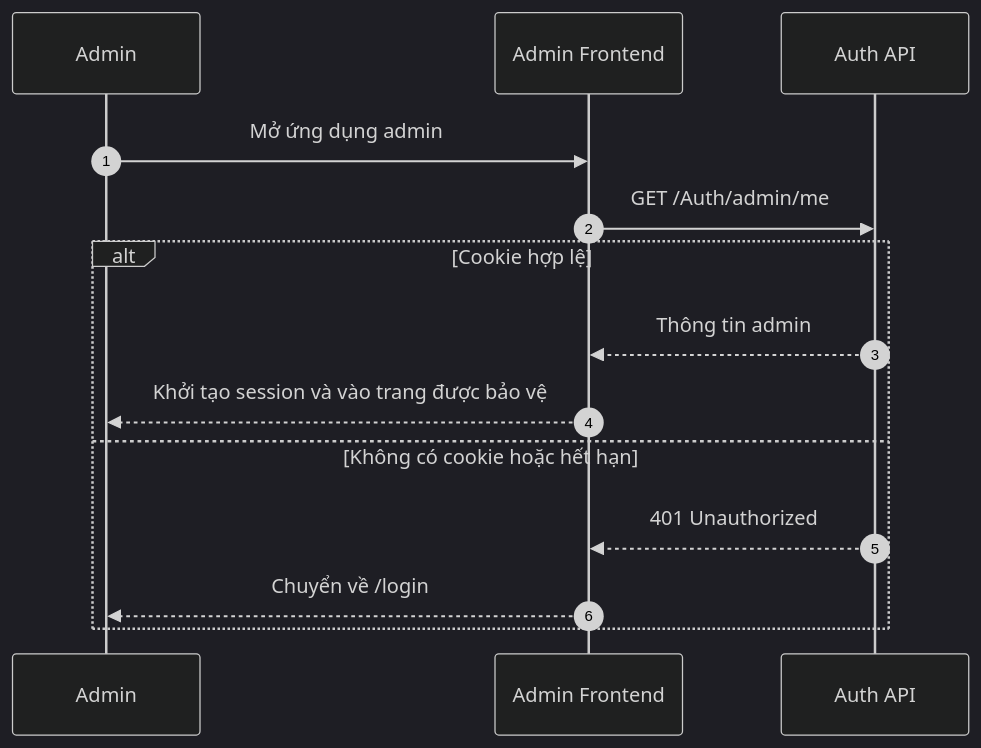
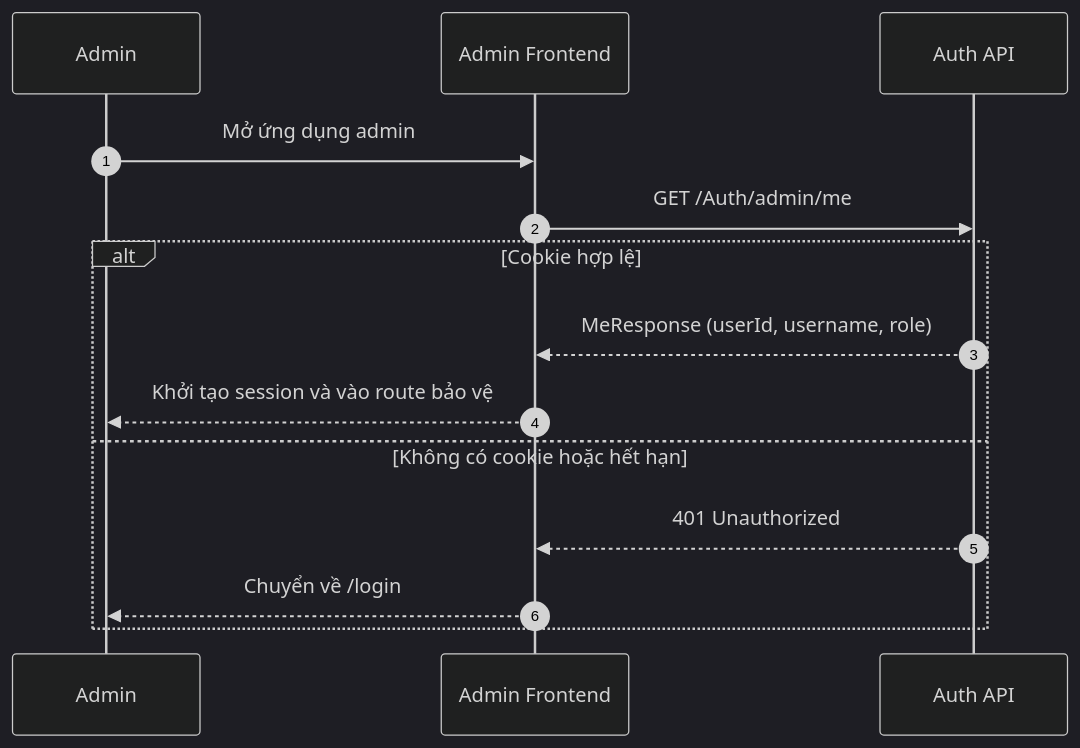
Before and after one commit to sangnp-s-organiztion/food-market-narrator: the first of 24 diagrams in docs/sequence/flow-admin.md, drawn with Mermaid (dark theme). The commit also changed other lines of this file and 3 other files, not shown here.

Commit message:
cập nhật flow-admin

````diff
--- a/docs/sequence/flow-admin.md
+++ b/docs/sequence/flow-admin.md
@@ -7,17 +14,17 @@
 ```mermaid
 sequenceDiagram
     autonumber
     participant U as Admin
     participant FE as Admin Frontend
     participant AUTH as Auth API
 
     U->>FE: Mở ứng dụng admin
     FE->>AUTH: GET /Auth/admin/me
     alt Cookie hợp lệ
-        AUTH-->>FE: Thông tin admin
-        FE-->>U: Khởi tạo session và vào trang được bảo vệ
+        AUTH-->>FE: MeResponse (userId, username, role)
+        FE-->>U: Khởi tạo session và vào route bảo vệ
     else Không có cookie hoặc hết hạn
         AUTH-->>FE: 401 Unauthorized
         FE-->>U: Chuyển về /login
     end
 ```
````
